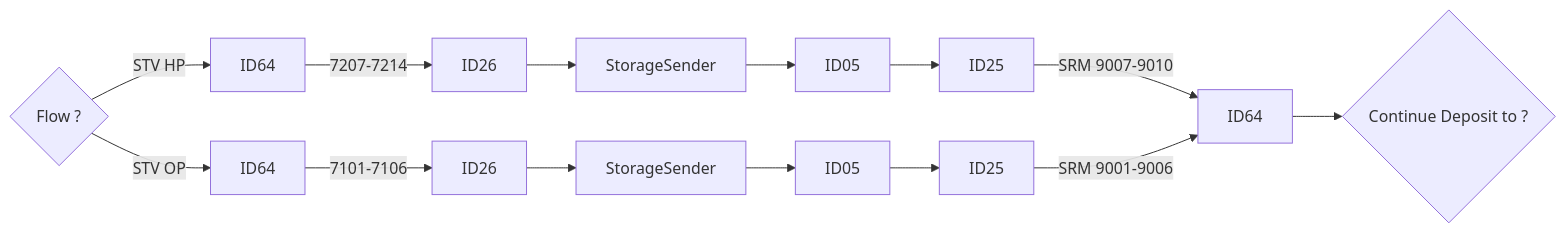
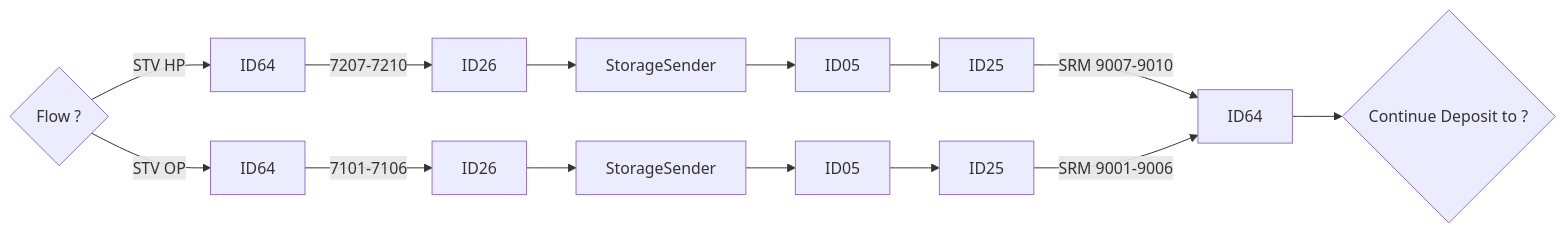
One commit to luthfiadityaa/SimeDarby-Wiki changed the second of 15 diagrams in Basic-Design/DFD-WMS/Retrieval/Transfer-Setting/Ambient-to-Tempering.md. Above: the diagram before and after it, drawn with Mermaid.

Commit message:
Updated Ambient to Tempering

```diff
--- a/Basic-Design/DFD-WMS/Retrieval/Transfer-Setting/Ambient-to-Tempering.md
+++ b/Basic-Design/DFD-WMS/Retrieval/Transfer-Setting/Ambient-to-Tempering.md
@@ -17,8 +17,8 @@
 ::: mermaid
 flowchart LR 
-Cond1{Flow ?}-->|STV HP|P1[ID64]-->|7207-7214|P2[ID26]-->P3[StorageSender]-->P4[ID05]-->P5[ID25]-->|SRM 9007-9010|P6[ID64]
+Cond1{Flow ?}-->|STV HP|P1[ID64]-->|7207-7210|P2[ID26]-->P3[StorageSender]-->P4[ID05]-->P5[ID25]-->|SRM 9007-9010|P6[ID64]
 Cond1{Flow ?}-->|STV OP|P7[ID64]-->|7101-7106|P8[ID26]-->P9[StorageSender]-->P10[ID05]-->P11[ID25]-->|SRM 9001-9006|P6[ID64]
 
 P6[ID64]-->Cond2{Continue Deposit to ?}
 
 :::
```
